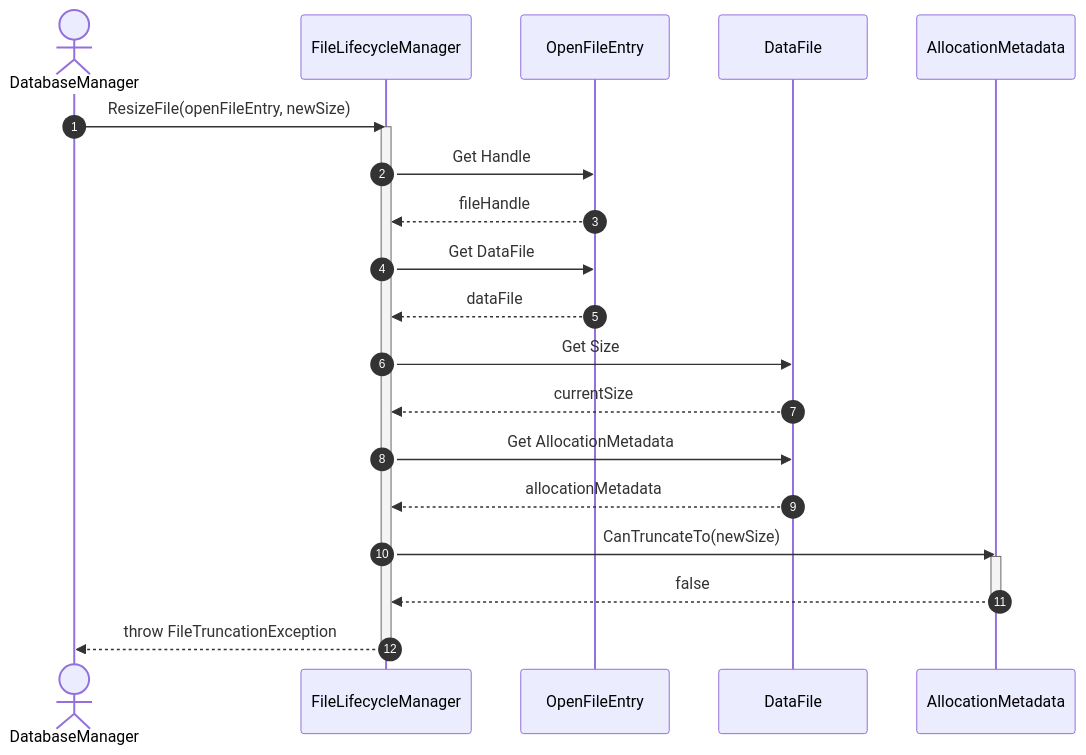
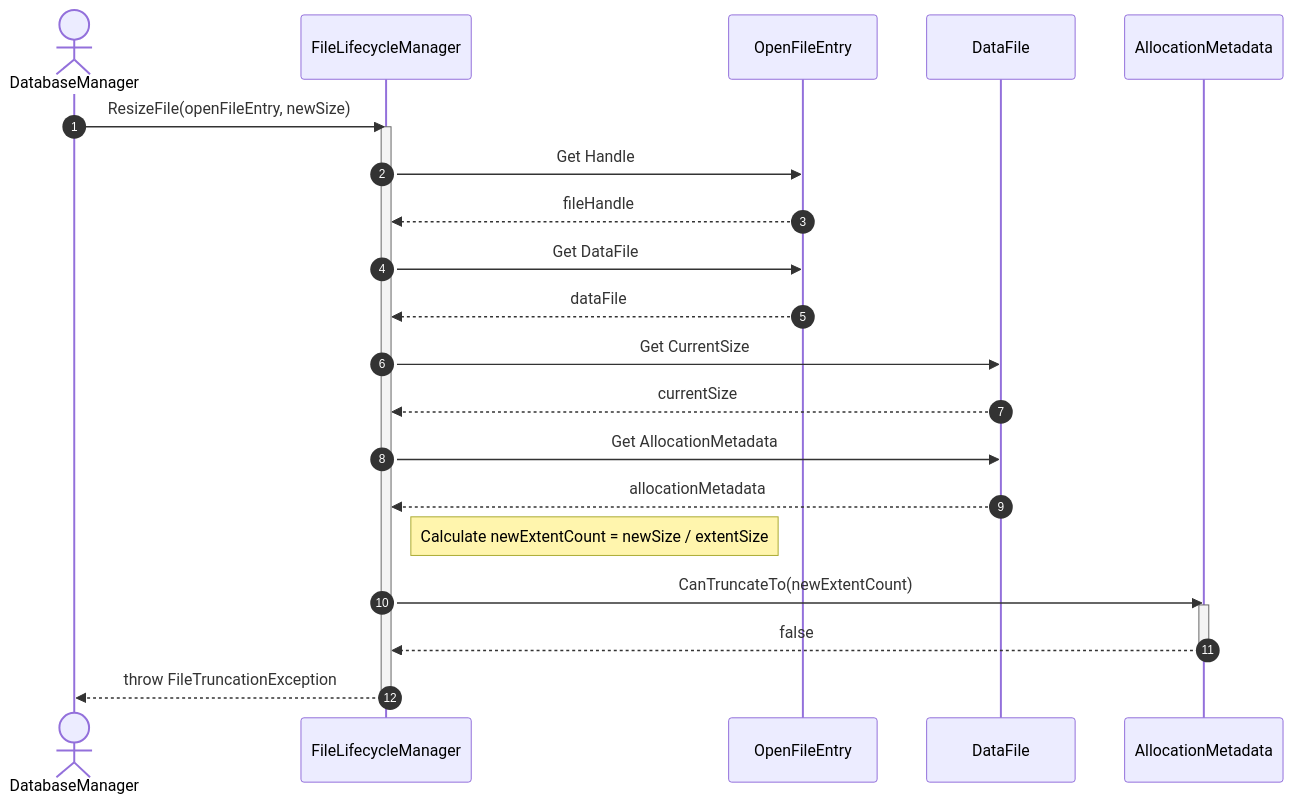
The fourth of 5 diagrams in docs/diagrams/sequence-diagrams/storage-engine/file-management/file-lifecycle/resize-file.md (manaxpow/DBMS), drawn with Mermaid before and after one commit. The commit also changed other lines of this file and 98 other files, not shown here.

````diff
--- a/docs/diagrams/sequence-diagrams/storage-engine/file-management/file-lifecycle/resize-file.md
+++ b/docs/diagrams/sequence-diagrams/storage-engine/file-management/file-lifecycle/resize-file.md
@@ -170,33 +174,35 @@
 ```mermaid
 sequenceDiagram
     autonumber
 
     actor DB as DatabaseManager
     participant FLM as FileLifecycleManager
     participant OE as OpenFileEntry
     participant DF as DataFile
     participant AM as AllocationMetadata
 
     DB->>FLM: ResizeFile(openFileEntry, newSize)
     activate FLM
 
     FLM->>OE: Get Handle
     OE-->>FLM: fileHandle
 
     FLM->>OE: Get DataFile
     OE-->>FLM: dataFile
 
-    FLM->>DF: Get Size
+    FLM->>DF: Get CurrentSize
     DF-->>FLM: currentSize
 
     FLM->>DF: Get AllocationMetadata
     DF-->>FLM: allocationMetadata
 
-    FLM->>AM: CanTruncateTo(newSize)
+    note right of FLM: Calculate newExtentCount = newSize / extentSize
+
+    FLM->>AM: CanTruncateTo(newExtentCount)
     activate AM
     AM-->>FLM: false
     deactivate AM
 
     FLM-->>DB: throw FileTruncationException
     deactivate FLM
 ```
````
